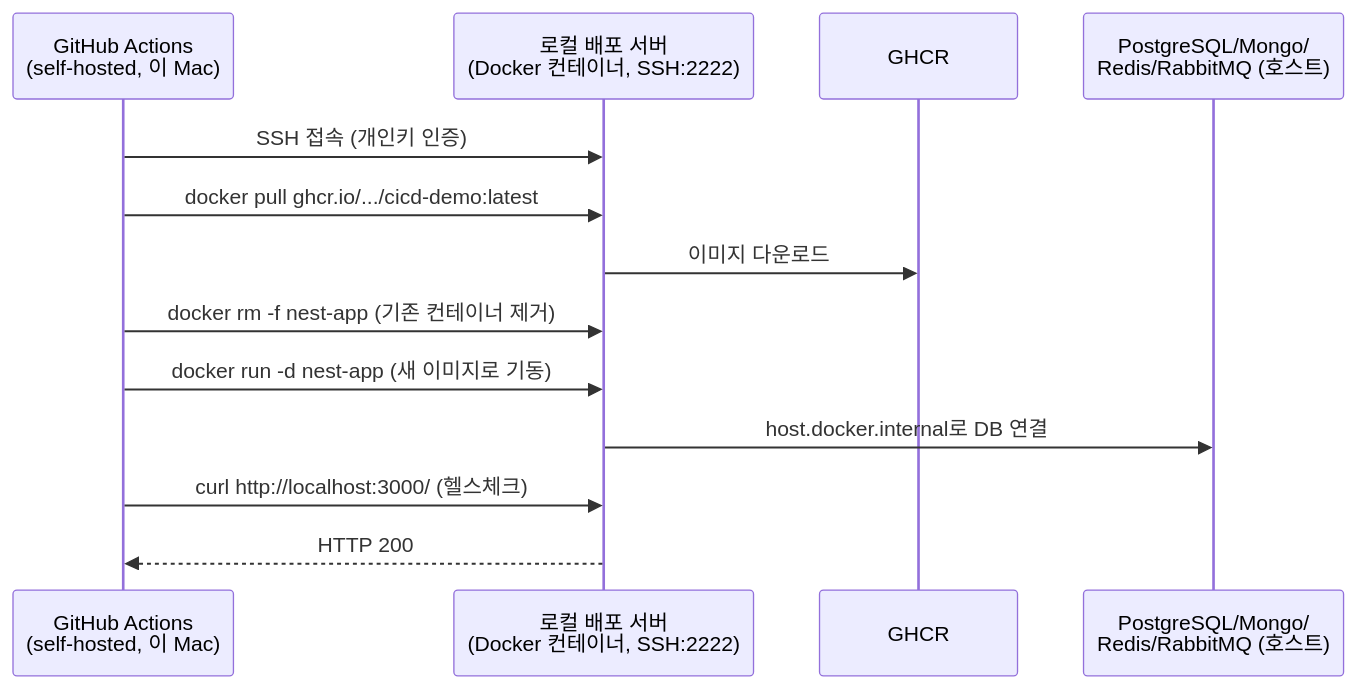
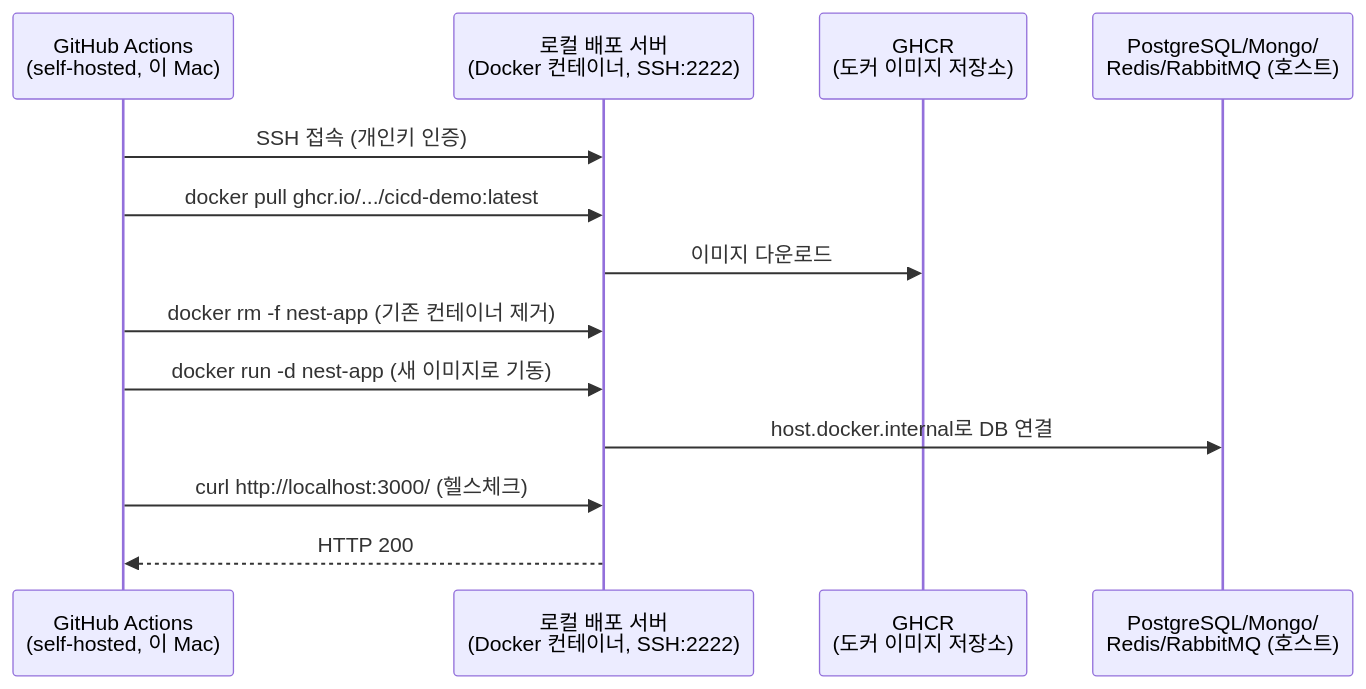
One commit to felix-y-s/cicd-demo changed the second of 3 diagrams in docs/cicd-pipeline-flow.md. Above: the diagram before and after it, drawn with Mermaid. The commit also changed other lines of this file, not shown here.

````diff
--- a/docs/cicd-pipeline-flow.md
+++ b/docs/cicd-pipeline-flow.md
@@ -82,16 +82,16 @@
 ```mermaid
 sequenceDiagram
     participant GA as GitHub Actions<br/>(self-hosted, 이 Mac)
     participant DS as 로컬 배포 서버<br/>(Docker 컨테이너, SSH:2222)
-    participant GHCR as GHCR
+    participant GHCR as GHCR<br>(도커 이미지 저장소)
     participant DB as PostgreSQL/Mongo/<br/>Redis/RabbitMQ (호스트)
 
     GA->>DS: SSH 접속 (개인키 인증)
     GA->>DS: docker pull ghcr.io/.../cicd-demo:latest
     DS->>GHCR: 이미지 다운로드
     GA->>DS: docker rm -f nest-app (기존 컨테이너 제거)
     GA->>DS: docker run -d nest-app (새 이미지로 기동)
     DS->>DB: host.docker.internal로 DB 연결
     GA->>DS: curl http://localhost:3000/ (헬스체크)
     DS-->>GA: HTTP 200
 ```
````
